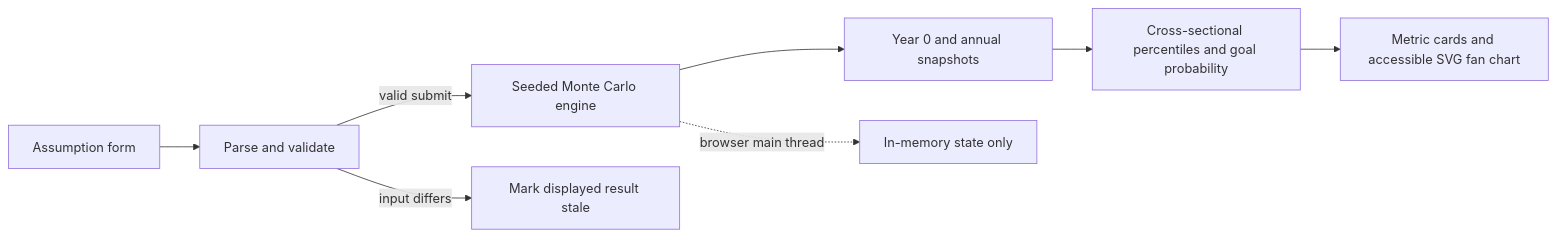
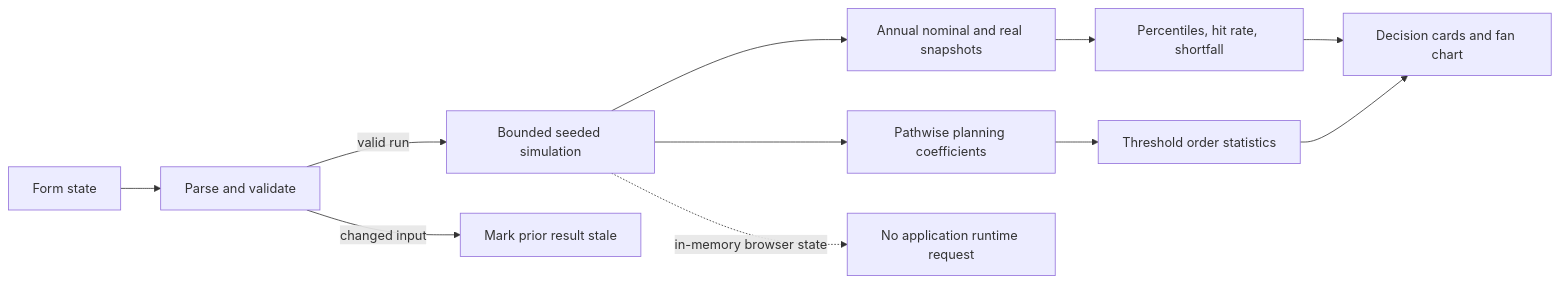
Before and after one commit to Da0t/northstar: the diagram in README.md, drawn with Mermaid. The commit also changed other lines of this file and 10 other files, not shown here.

Commit message:
feat(planning): add goal resilience decision support

````diff
--- a/README.md
+++ b/README.md
@@ -68,10 +76,13 @@
 ```mermaid
 flowchart LR
-    A[Assumption form] --> B[Parse and validate]
-    B -->|valid submit| C[Seeded Monte Carlo engine]
-    B -->|input differs| G[Mark displayed result stale]
-    C --> D[Year 0 and annual snapshots]
-    D --> E[Cross-sectional percentiles and goal probability]
-    E --> F[Metric cards and accessible SVG fan chart]
-    C -. browser main thread .-> H[In-memory state only]
+    A[Form state] --> B[Parse and validate]
+    B -->|valid run| C[Bounded seeded simulation]
+    B -->|changed input| H[Mark prior result stale]
+    C --> D[Annual nominal and real snapshots]
+    C --> E[Pathwise planning coefficients]
+    D --> F[Percentiles, hit rate, shortfall]
+    E --> G[Threshold order statistics]
+    F --> I[Decision cards and fan chart]
+    G --> I
+    C -. in-memory browser state .-> J[No application runtime request]
 ```
````
